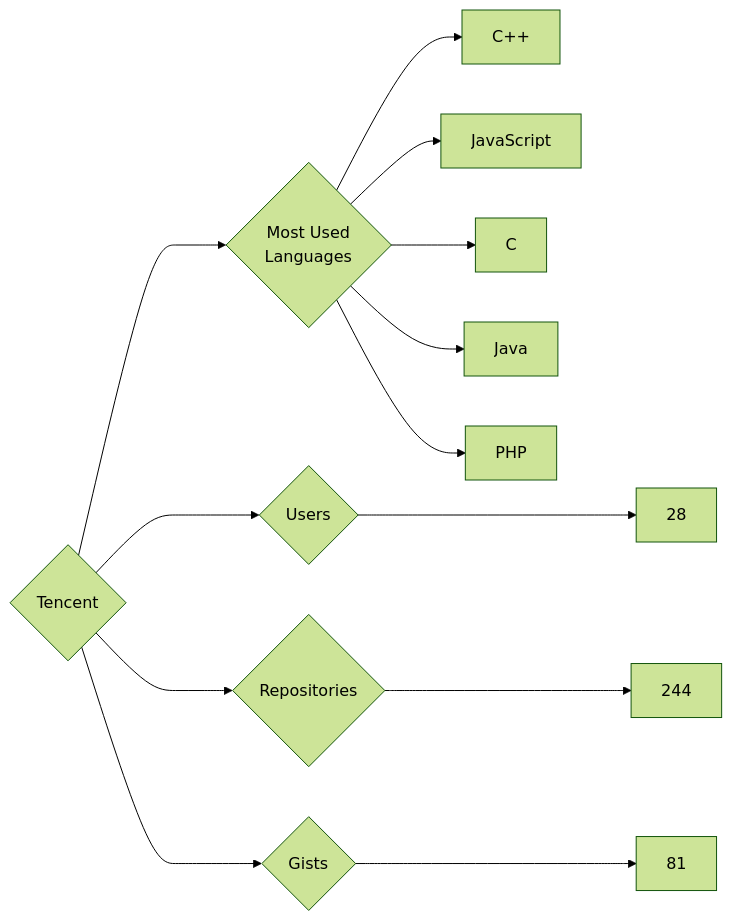
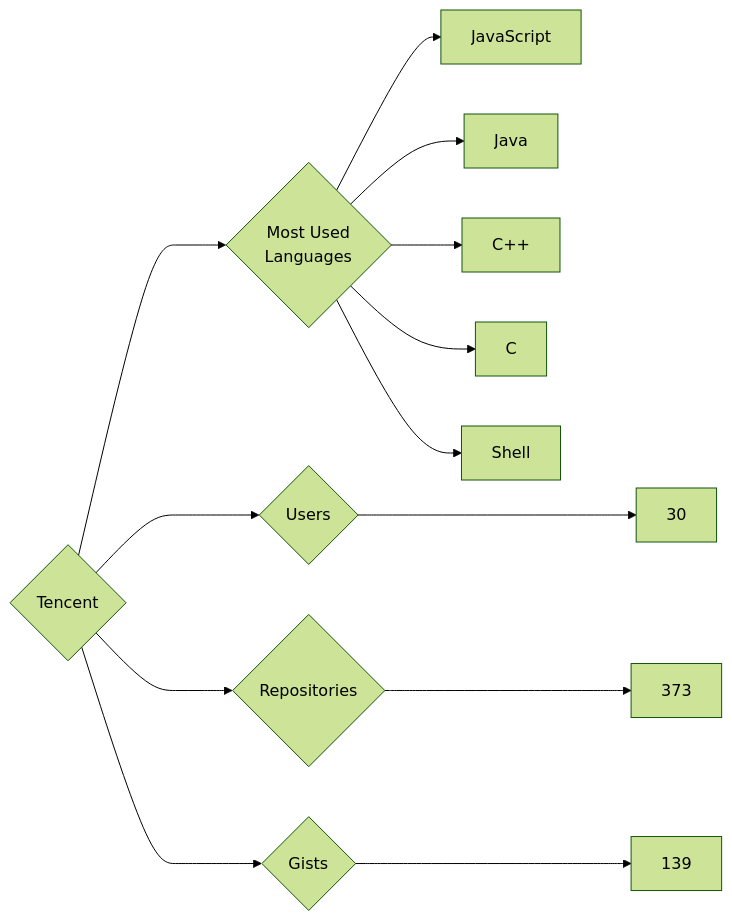
Before and after one commit to trickest/insiders: the diagram in targets/Tencent/README.md, drawn with Mermaid (forest theme). The commit also changed 1011 other files, not shown here.

````diff
--- a/targets/Tencent/README.md
+++ b/targets/Tencent/README.md
@@ -3,13 +3,13 @@
 ```mermaid
 graph LR
 COMPANY_NAME{Tencent}
-COMPANY_NAME ---> U{Users} ---> UN[28]
-COMPANY_NAME ---> R{Repositories} ---> RN[244]
-COMPANY_NAME ---> G{Gists} ---> GN[81]
+COMPANY_NAME ---> U{Users} ---> UN[30]
+COMPANY_NAME ---> R{Repositories} ---> RN[373]
+COMPANY_NAME ---> G{Gists} ---> GN[139]
 COMPANY_NAME ---> ML{Most Used<br>Languages}
+ML --> JavaScript[JavaScript]
+ML --> Java[Java]
 ML --> C++[C++]
-ML --> JavaScript[JavaScript]
 ML --> C[C]
-ML --> Java[Java]
-ML --> PHP[PHP]
+ML --> Shell[Shell]
 ```
````
